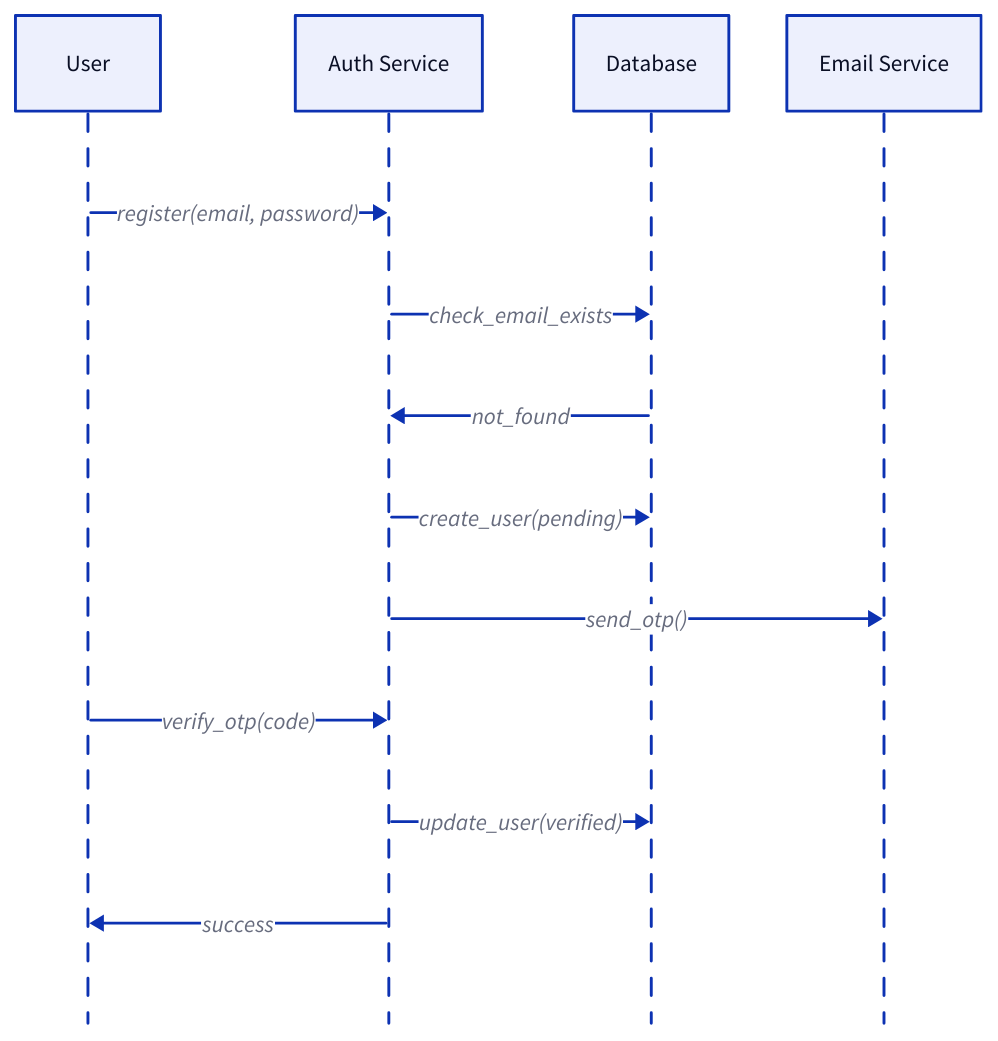
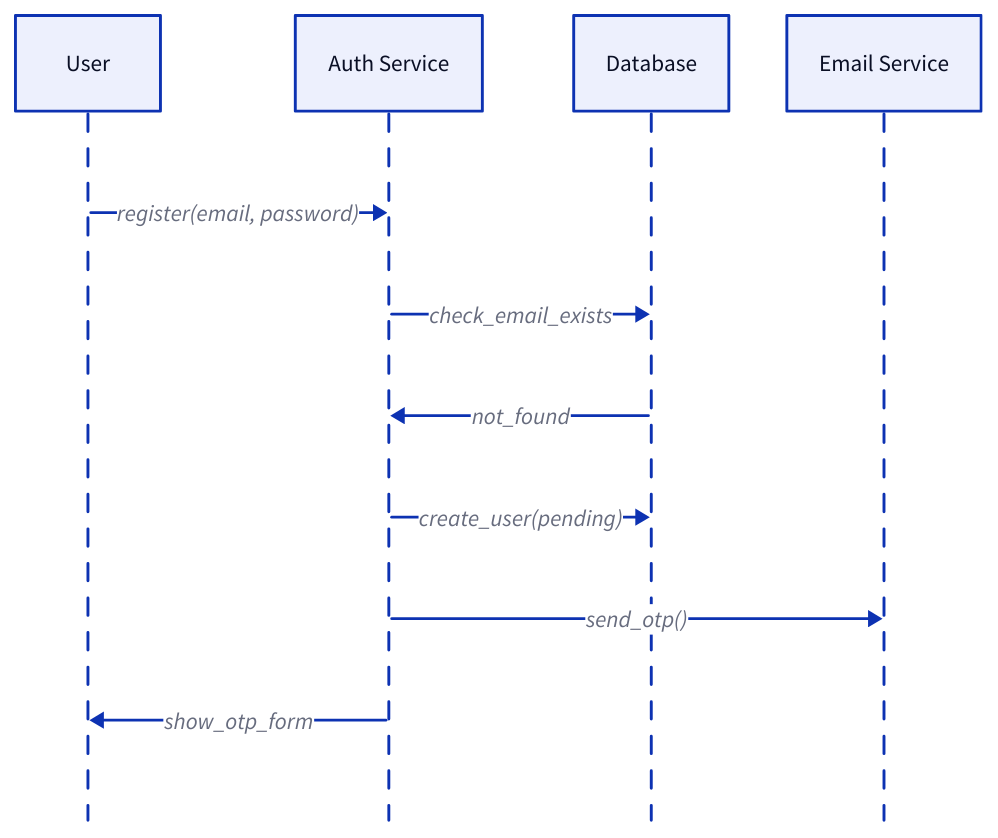
Before and after one commit to philongdanh/lms: the second of 10 diagrams in spec/modules/auth.md, drawn with D2. The commit also changed other lines of this file and 20 other files, not shown here.

````diff
--- a/spec/modules/auth.md
+++ b/spec/modules/auth.md
@@ -48,16 +40,14 @@
 ```d2
 shape: sequence_diagram
 User
 "Auth Service"
 Database
 "Email Service"
 
 User -> "Auth Service": register(email, password)
 "Auth Service" -> Database: check_email_exists
 Database -> "Auth Service": not_found
 "Auth Service" -> Database: create_user(pending)
 "Auth Service" -> "Email Service": send_otp()
-User -> "Auth Service": verify_otp(code)
-"Auth Service" -> Database: update_user(verified)
-"Auth Service" -> User: success
+"Auth Service" -> User: show_otp_form
 ```
````
